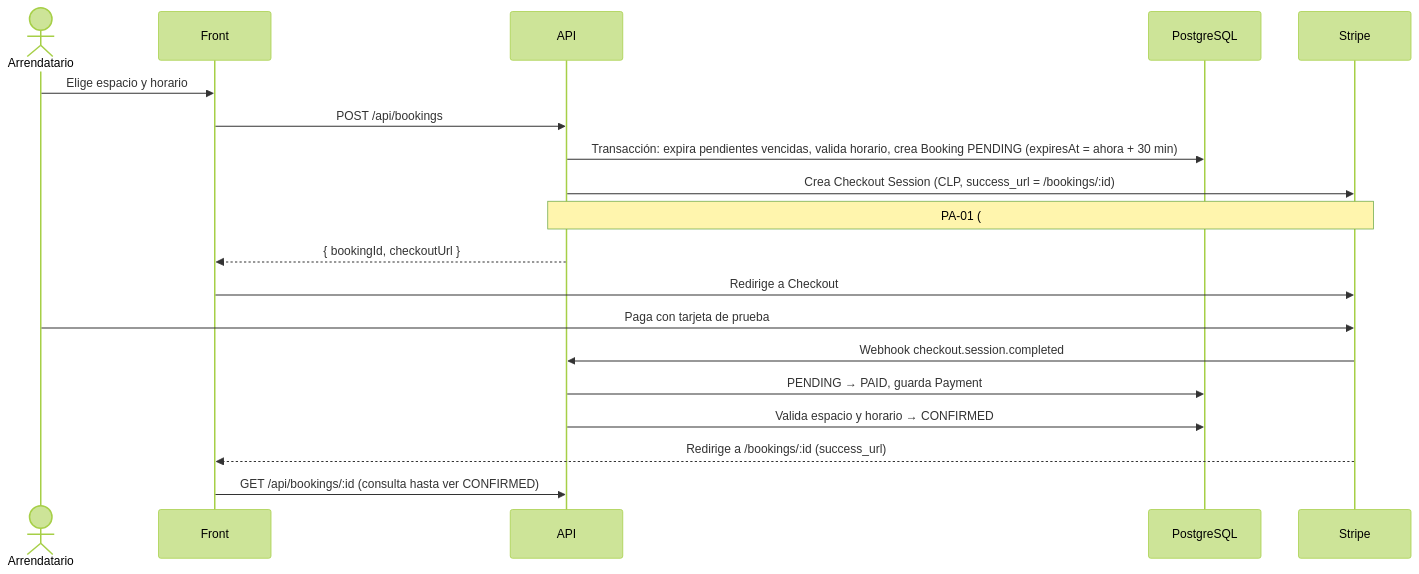
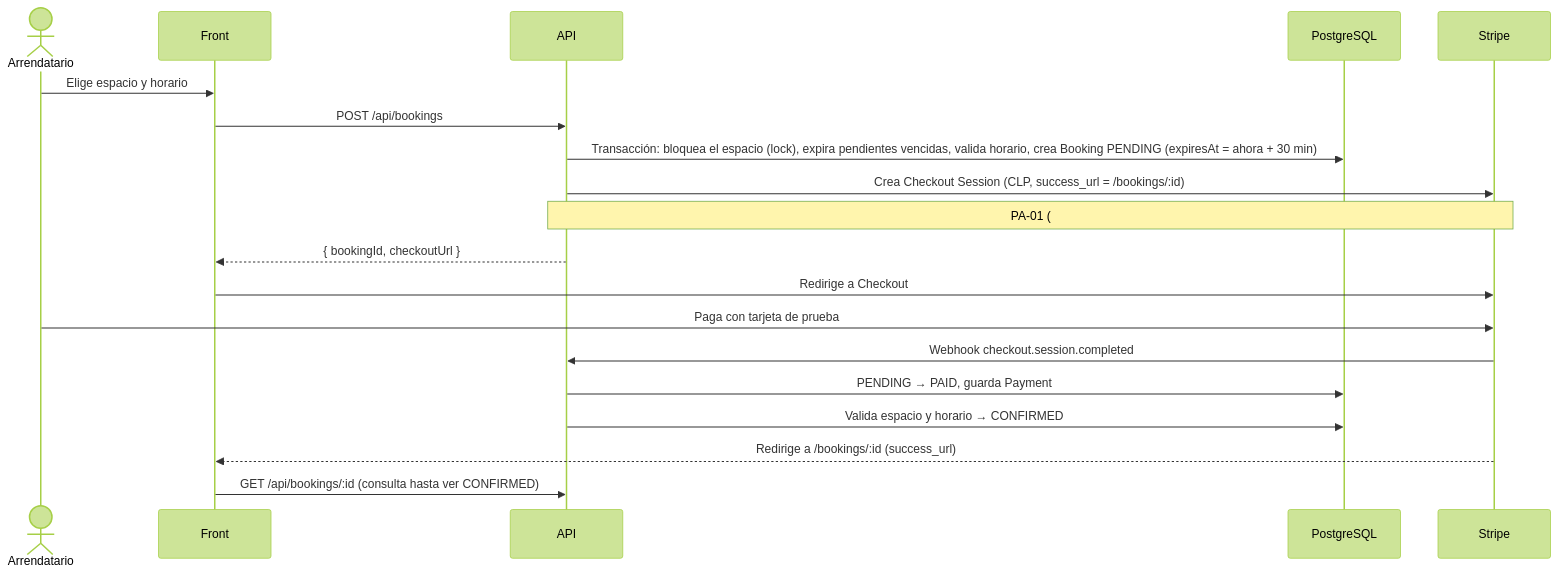
Before and after one commit to AlejandroMG/inf331-equipo-3: the third of 3 diagrams in docs/arquitectura.md, drawn with Mermaid (forest theme). The commit also changed other lines of this file and 11 other files, not shown here.

First line of the commit message:
feat(bookings): RE-03 evitar reservas cruzadas con lock por espacio y 409 desde booking_no_overlap

````diff
--- a/docs/arquitectura.md
+++ b/docs/arquitectura.md
@@ -426,21 +426,21 @@
 ```mermaid
 sequenceDiagram
     actor Arr as Arrendatario
     participant F as Front
     participant A as API
     participant DB as PostgreSQL
     participant S as Stripe
     Arr->>F: Elige espacio y horario
     F->>A: POST /api/bookings
-    A->>DB: Transacción: expira pendientes vencidas, valida horario, crea Booking PENDING (expiresAt = ahora + 30 min)
+    A->>DB: Transacción: bloquea el espacio (lock), expira pendientes vencidas, valida horario, crea Booking PENDING (expiresAt = ahora + 30 min)
     A->>S: Crea Checkout Session (CLP, success_url = /bookings/:id)
     Note over A,S: PA-01 (#45): Stripe exige expires_at ≥ creación + 30 min, así que no puede ser igual a expiresAt#59; se decide en PA-01
     A-->>F: { bookingId, checkoutUrl }
     F->>S: Redirige a Checkout
     Arr->>S: Paga con tarjeta de prueba
     S->>A: Webhook checkout.session.completed
     A->>DB: PENDING → PAID, guarda Payment
     A->>DB: Valida espacio y horario → CONFIRMED
     S-->>F: Redirige a /bookings/:id (success_url)
     F->>A: GET /api/bookings/:id (consulta hasta ver CONFIRMED)
 ```
````
